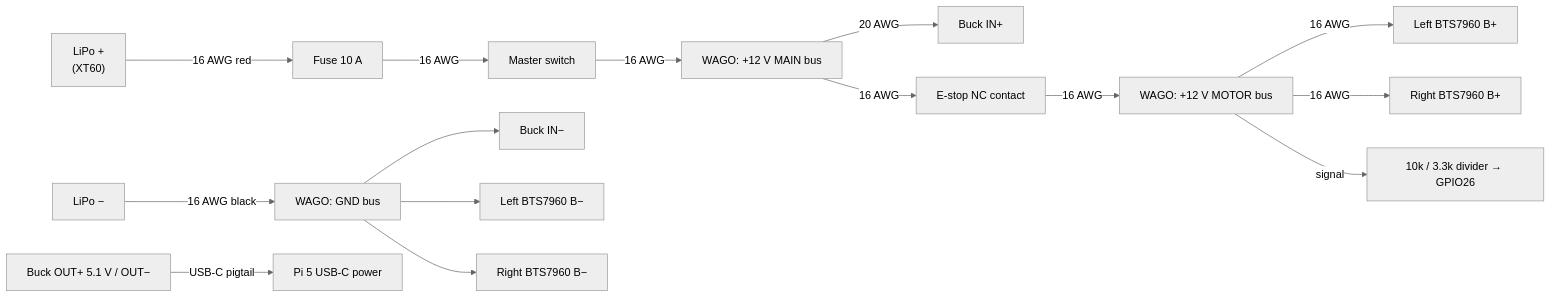
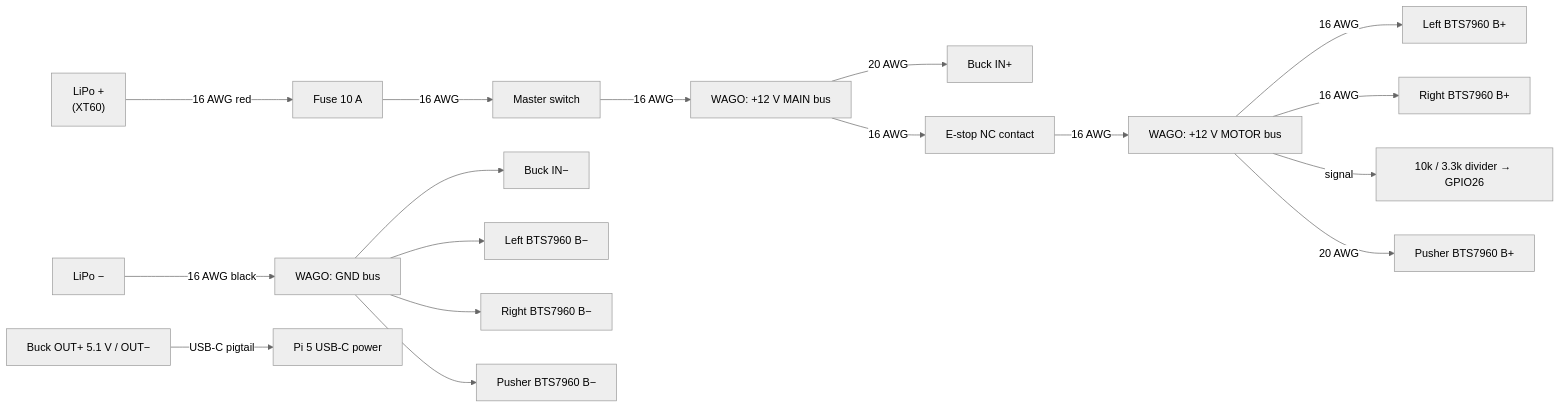
The second of 3 diagrams in BUILD_GUIDE.md (ahmedoab/cargo_robot), drawn with Mermaid (neutral theme) before and after one commit. The commit also changed other lines of this file and 142 other files, not shown here.

````diff
--- a/BUILD_GUIDE.md
+++ b/BUILD_GUIDE.md
@@ -510,14 +603,16 @@
 ```mermaid
 flowchart LR
   B["LiPo +<br/>(XT60)"] -->|16 AWG red| F["Fuse 10 A"] -->|16 AWG| S["Master switch"] -->|16 AWG| P12["WAGO: +12 V MAIN bus"]
   P12 -->|20 AWG| BI["Buck IN+"]
   P12 -->|16 AWG| E["E-stop NC contact"] -->|16 AWG| M12["WAGO: +12 V MOTOR bus"]
   M12 -->|16 AWG| DL["Left BTS7960 B+"]
   M12 -->|16 AWG| DR["Right BTS7960 B+"]
   M12 -->|signal| DIV["10k / 3.3k divider → GPIO26"]
+  M12 -->|20 AWG| DP["Pusher BTS7960 B+"]
   BN["LiPo −"] -->|16 AWG black| G["WAGO: GND bus"]
   G --> BIN["Buck IN−"]
   G --> DLN["Left BTS7960 B−"]
   G --> DRN["Right BTS7960 B−"]
+  G --> DPN["Pusher BTS7960 B−"]
   BO["Buck OUT+ 5.1 V / OUT−"] -->|USB-C pigtail| PI["Pi 5 USB-C power"]
 ```
````
